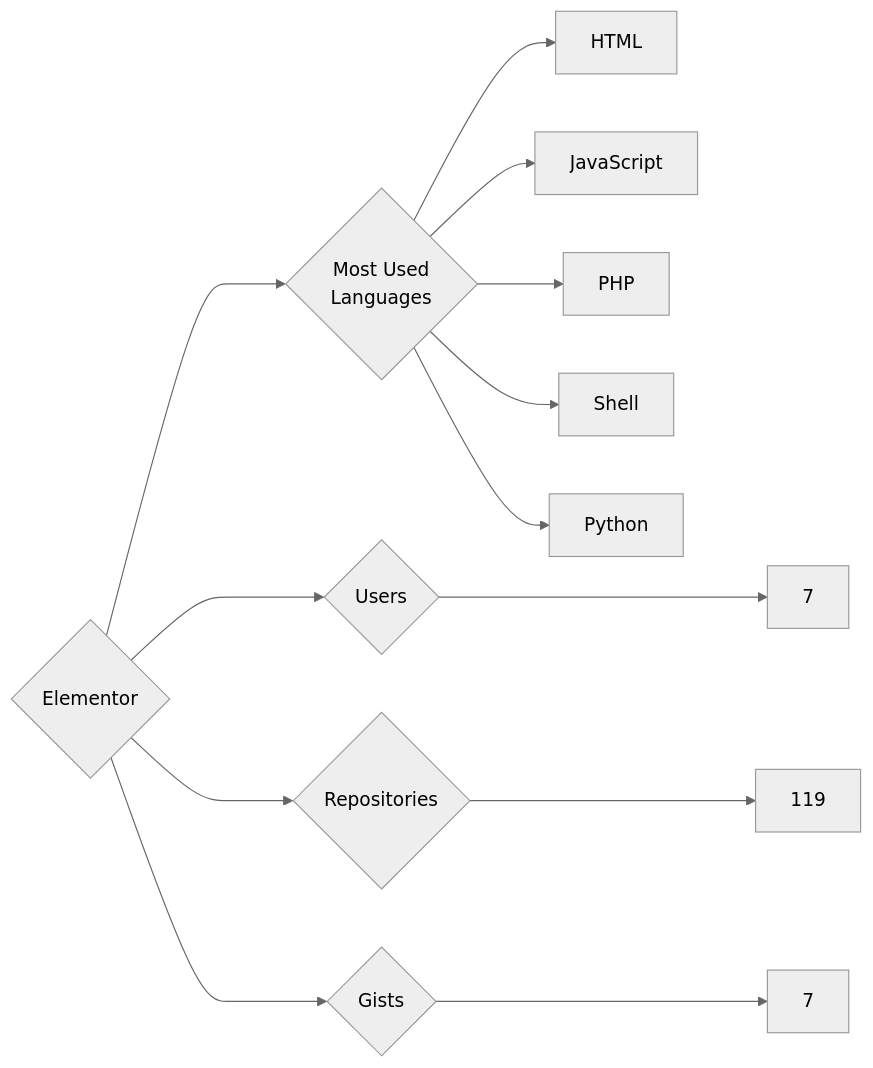
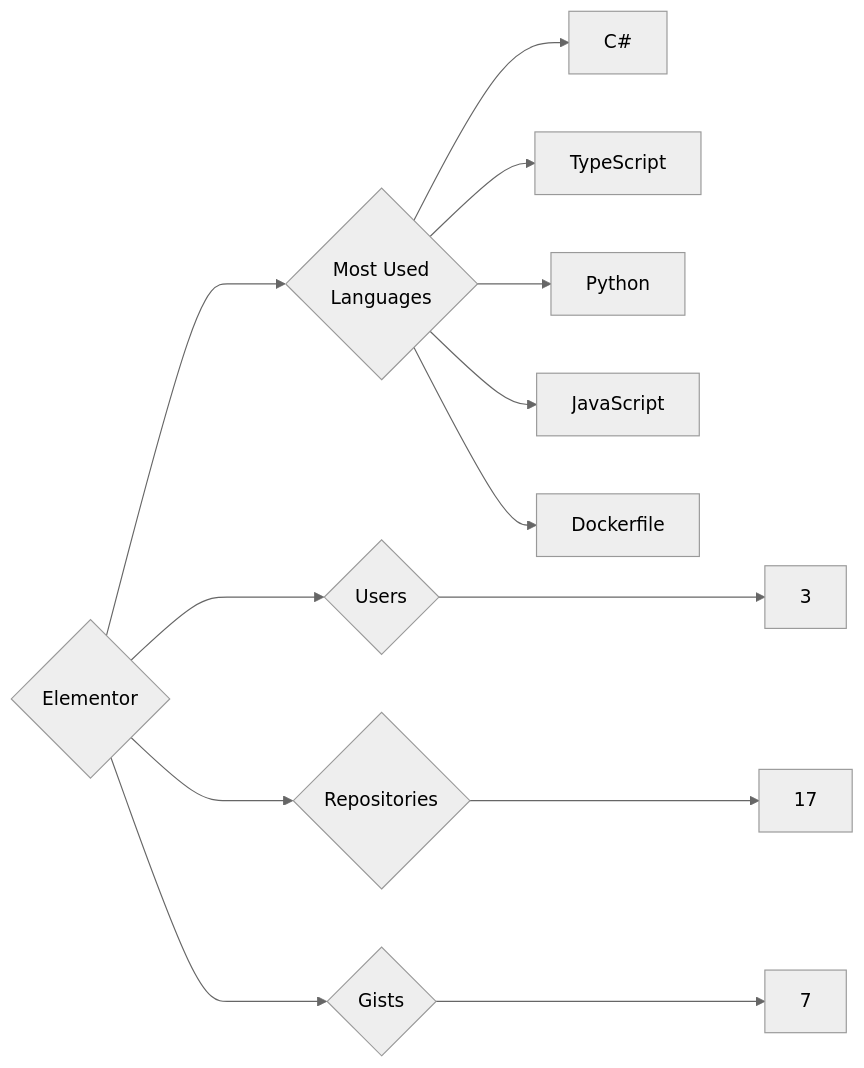
Before and after one commit to trickest/insiders: the diagram in targets/Elementor/README.md, drawn with Mermaid (neutral theme). The commit also changed 1167 other files, not shown here.

````diff
--- a/targets/Elementor/README.md
+++ b/targets/Elementor/README.md
@@ -3,13 +3,13 @@
 ```mermaid
 graph LR
 COMPANY_NAME{Elementor}
-COMPANY_NAME ---> U{Users} ---> UN[7]
-COMPANY_NAME ---> R{Repositories} ---> RN[119]
+COMPANY_NAME ---> U{Users} ---> UN[3]
+COMPANY_NAME ---> R{Repositories} ---> RN[17]
 COMPANY_NAME ---> G{Gists} ---> GN[7]
 COMPANY_NAME ---> ML{Most Used<br>Languages}
-ML --> HTML[HTML]
+ML --> C#[C#]
+ML --> TypeScript[TypeScript]
+ML --> Python[Python]
 ML --> JavaScript[JavaScript]
-ML --> PHP[PHP]
-ML --> Shell[Shell]
-ML --> Python[Python]
+ML --> Dockerfile[Dockerfile]
 ```
````
